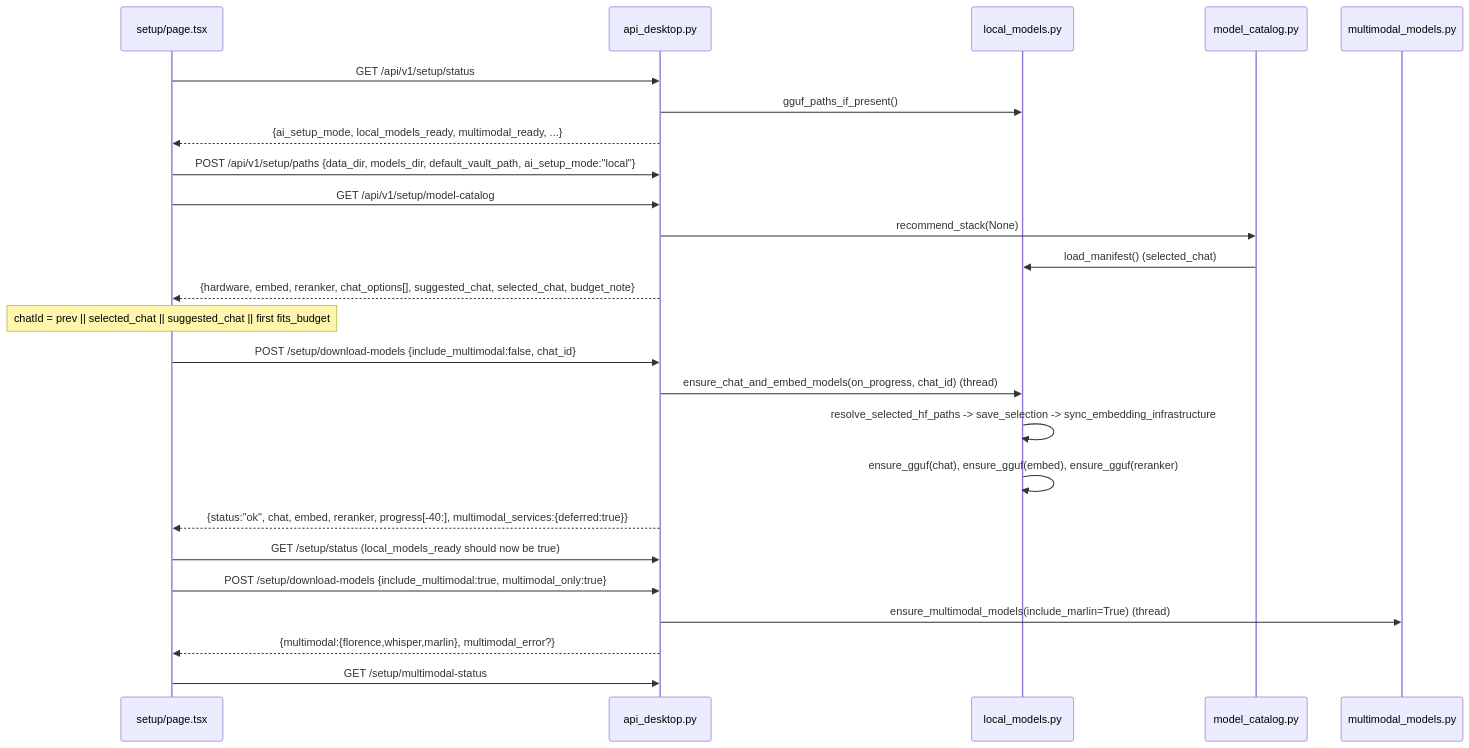
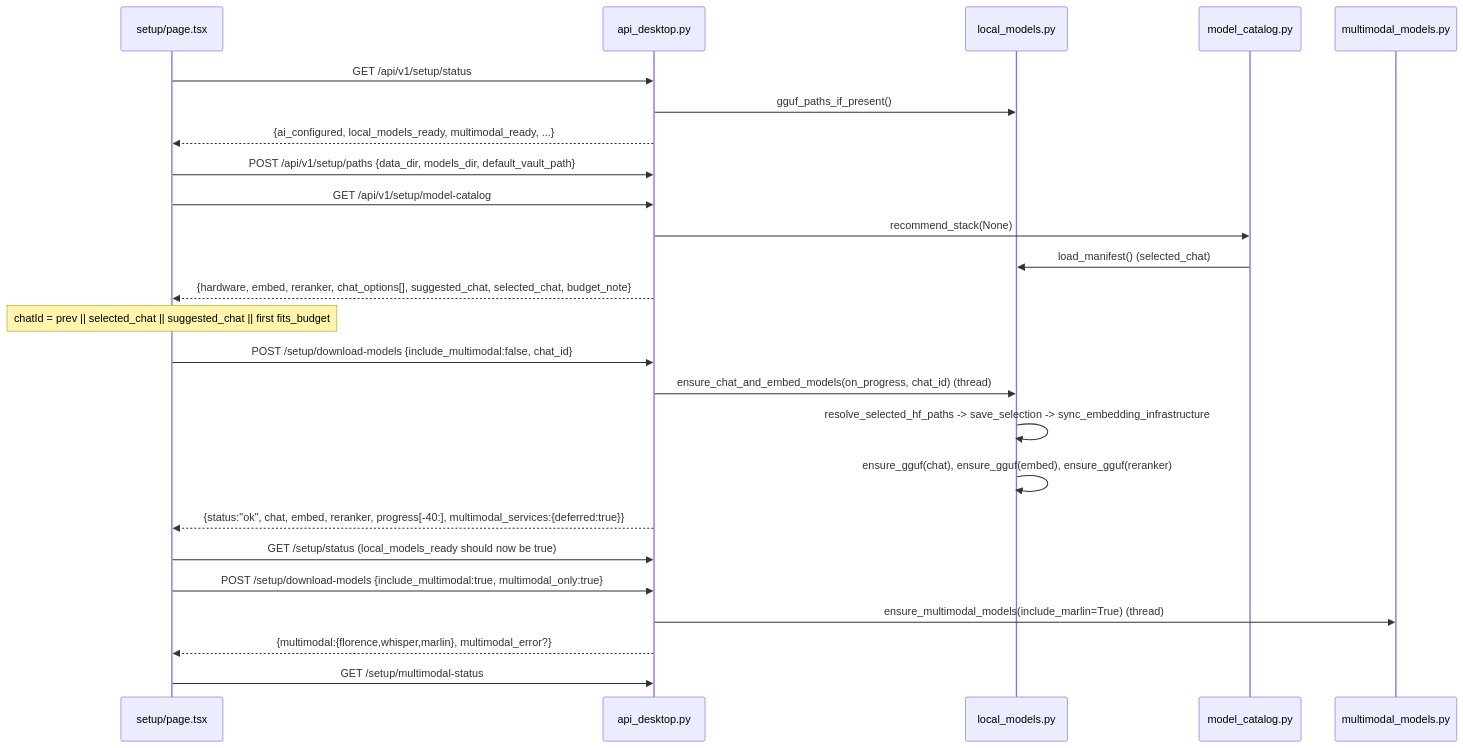
One commit to josetseph/Orb changed the second of 3 diagrams in Docs/12-local-models-and-inference.md. Above: the diagram before and after it, drawn with Mermaid. The commit also changed other lines of this file and 159 other files, not shown here.

First line of the commit message:
Cut the over-engineering: one LLM call path, GGUF-only chat, no stored AI mode, and 16 fewer dependencies.

````diff
--- a/Docs/12-local-models-and-inference.md
+++ b/Docs/12-local-models-and-inference.md
@@ -107,27 +107,27 @@
 ```mermaid
 sequenceDiagram
   participant FE as setup/page.tsx
   participant API as api_desktop.py
   participant LM as local_models.py
   participant MC as model_catalog.py
   participant MMM as multimodal_models.py
   FE->>API: GET /api/v1/setup/status
   API->>LM: gguf_paths_if_present()
-  API-->>FE: {ai_setup_mode, local_models_ready, multimodal_ready, ...}
-  FE->>API: POST /api/v1/setup/paths {data_dir, models_dir, default_vault_path, ai_setup_mode:"local"}
+  API-->>FE: {ai_configured, local_models_ready, multimodal_ready, ...}
+  FE->>API: POST /api/v1/setup/paths {data_dir, models_dir, default_vault_path}
   FE->>API: GET /api/v1/setup/model-catalog
   API->>MC: recommend_stack(None)
   MC->>LM: load_manifest() (selected_chat)
   API-->>FE: {hardware, embed, reranker, chat_options[], suggested_chat, selected_chat, budget_note}
   Note over FE: chatId = prev || selected_chat || suggested_chat || first fits_budget
   FE->>API: POST /setup/download-models {include_multimodal:false, chat_id}
   API->>LM: ensure_chat_and_embed_models(on_progress, chat_id) (thread)
   LM->>LM: resolve_selected_hf_paths -> save_selection -> sync_embedding_infrastructure
   LM->>LM: ensure_gguf(chat), ensure_gguf(embed), ensure_gguf(reranker)
   API-->>FE: {status:"ok", chat, embed, reranker, progress[-40:], multimodal_services:{deferred:true}}
   FE->>API: GET /setup/status (local_models_ready should now be true)
   FE->>API: POST /setup/download-models {include_multimodal:true, multimodal_only:true}
   API->>MMM: ensure_multimodal_models(include_marlin=True) (thread)
   API-->>FE: {multimodal:{florence,whisper,marlin}, multimodal_error?}
   FE->>API: GET /setup/multimodal-status
 ```
````
